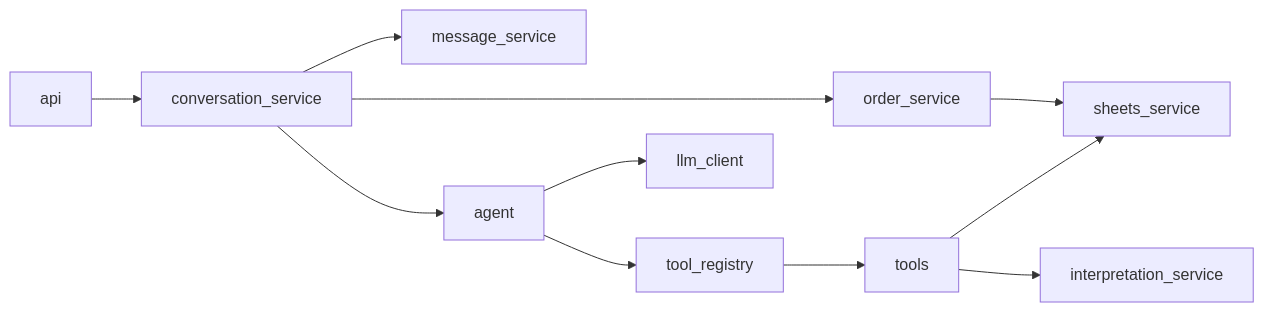
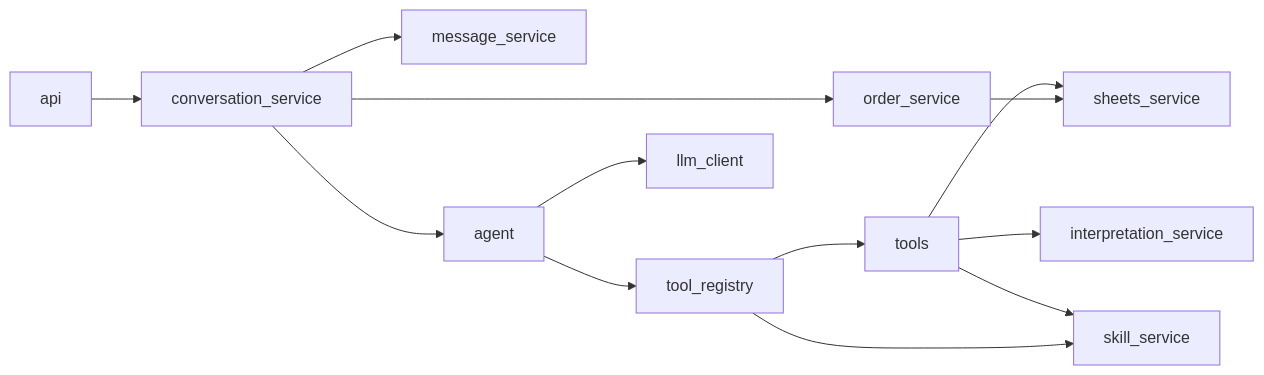
One commit to FernandoMRestelli/norma-agentic-ai changed the third of 3 diagrams in docs/spec/agente.md. Above: the diagram before and after it, drawn with Mermaid. The commit also changed other lines of this file and 3 other files, not shown here.

````diff
--- a/docs/spec/agente.md
+++ b/docs/spec/agente.md
@@ -363,12 +478,14 @@
 ```mermaid
 flowchart LR
     api --> conversation_service
     conversation_service --> message_service
     conversation_service --> agent
     conversation_service --> order_service
     agent --> tool_registry --> tools
     tools --> sheets_service
     tools --> interpretation_service
+    tools --> skill_service
+    tool_registry --> skill_service
     order_service --> sheets_service
     agent --> llm_client
 ```
````
